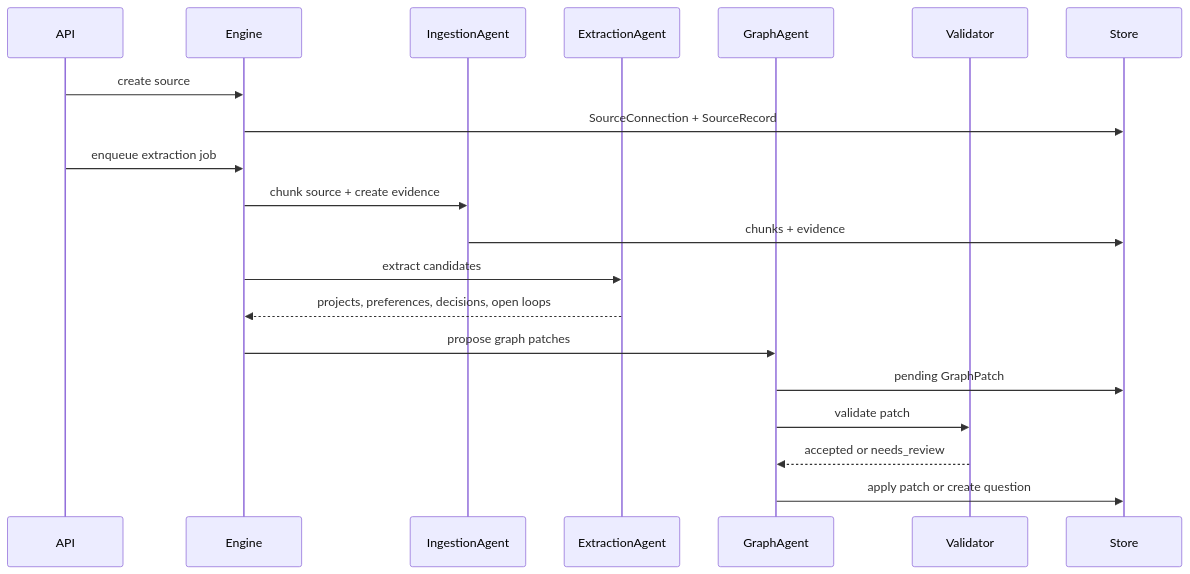
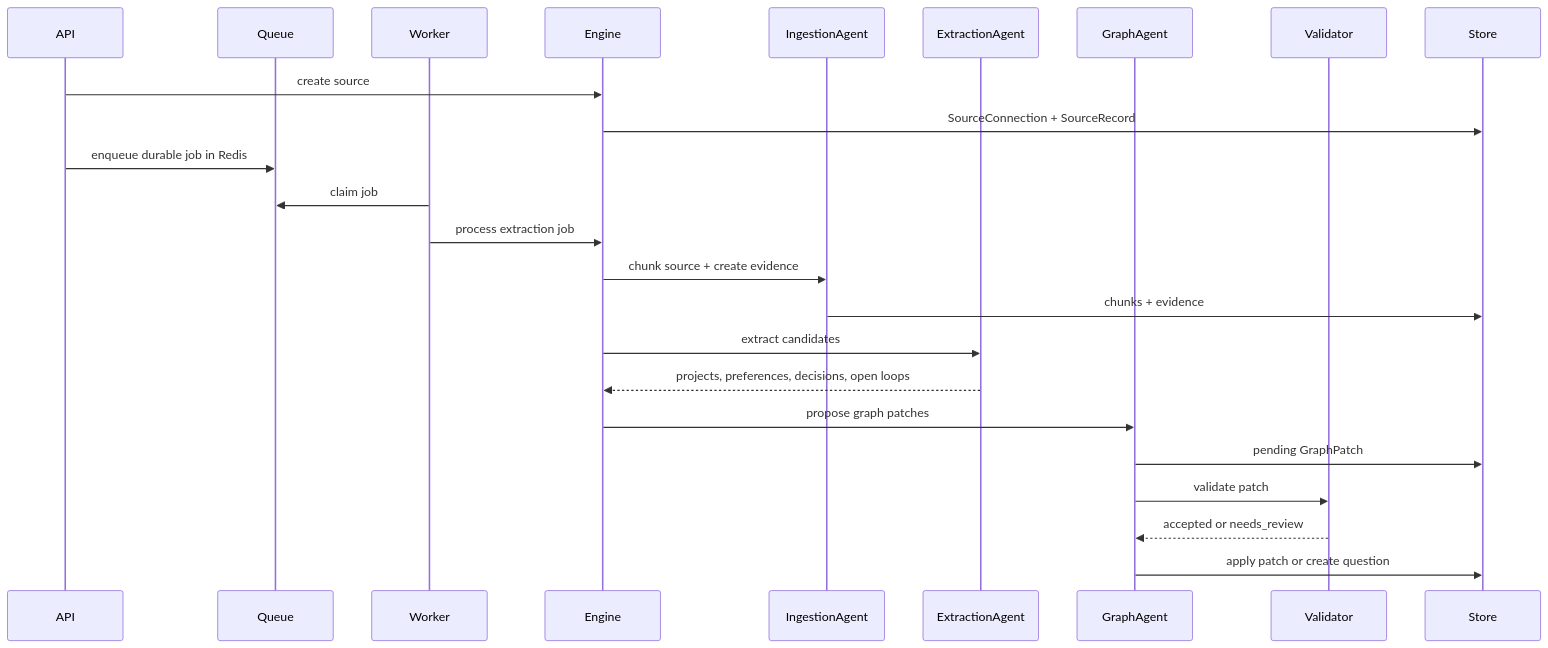
Before and after one commit to adinarayanan2003/open-Memory: the third of 3 diagrams in README.md, drawn with Mermaid. The commit also changed other lines of this file and 14 other files, not shown here.

````diff
--- a/README.md
+++ b/README.md
@@ -63,23 +66,27 @@
 ```mermaid
 sequenceDiagram
   participant API
+  participant Queue
+  participant Worker
   participant Engine
   participant IngestionAgent
   participant ExtractionAgent
   participant GraphAgent
   participant Validator
   participant Store
 
   API->>Engine: create source
   Engine->>Store: SourceConnection + SourceRecord
-  API->>Engine: enqueue extraction job
+  API->>Queue: enqueue durable job in Redis
+  Worker->>Queue: claim job
+  Worker->>Engine: process extraction job
   Engine->>IngestionAgent: chunk source + create evidence
   IngestionAgent->>Store: chunks + evidence
   Engine->>ExtractionAgent: extract candidates
   ExtractionAgent-->>Engine: projects, preferences, decisions, open loops
   Engine->>GraphAgent: propose graph patches
   GraphAgent->>Store: pending GraphPatch
   GraphAgent->>Validator: validate patch
   Validator-->>GraphAgent: accepted or needs_review
   GraphAgent->>Store: apply patch or create question
 ```
````
